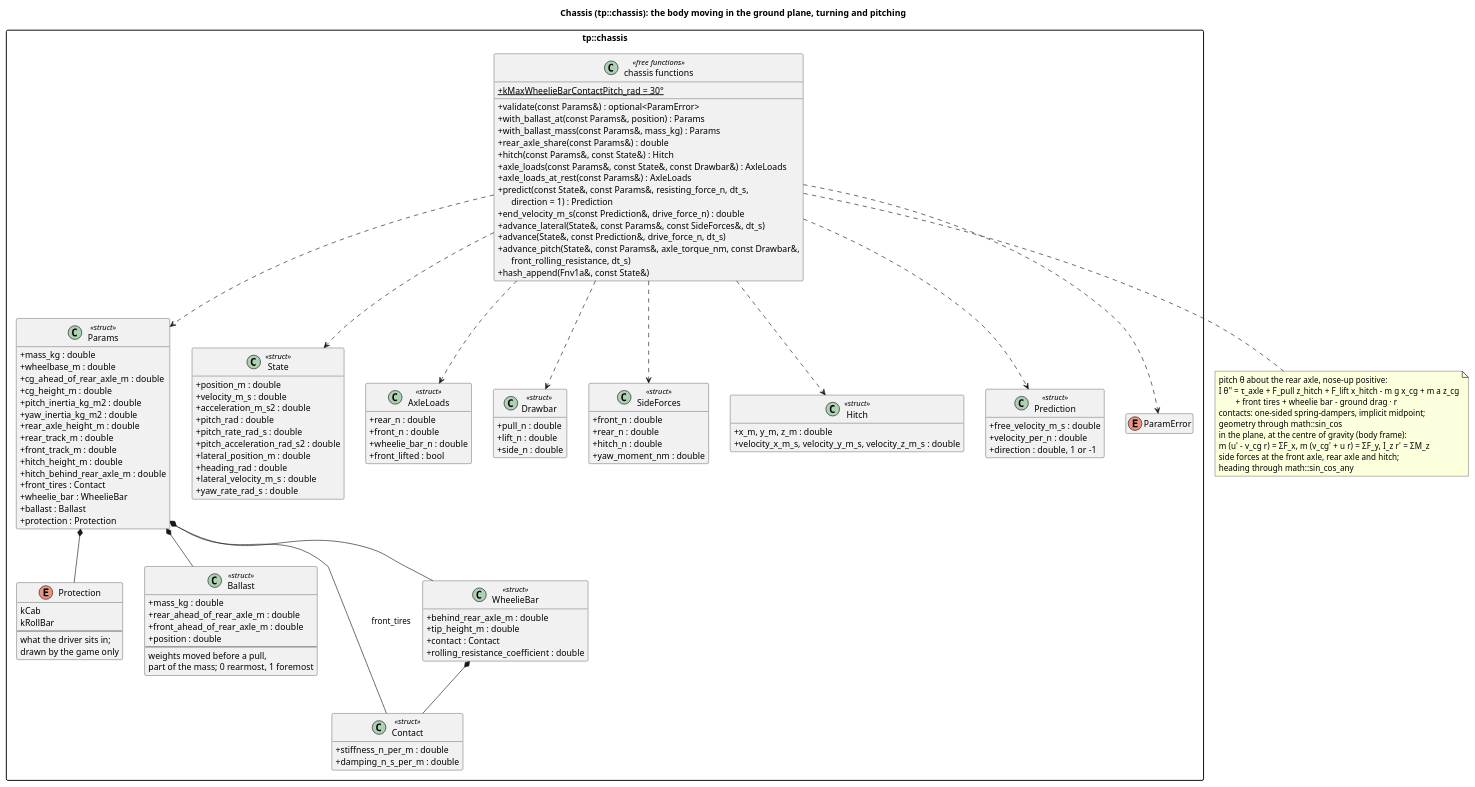
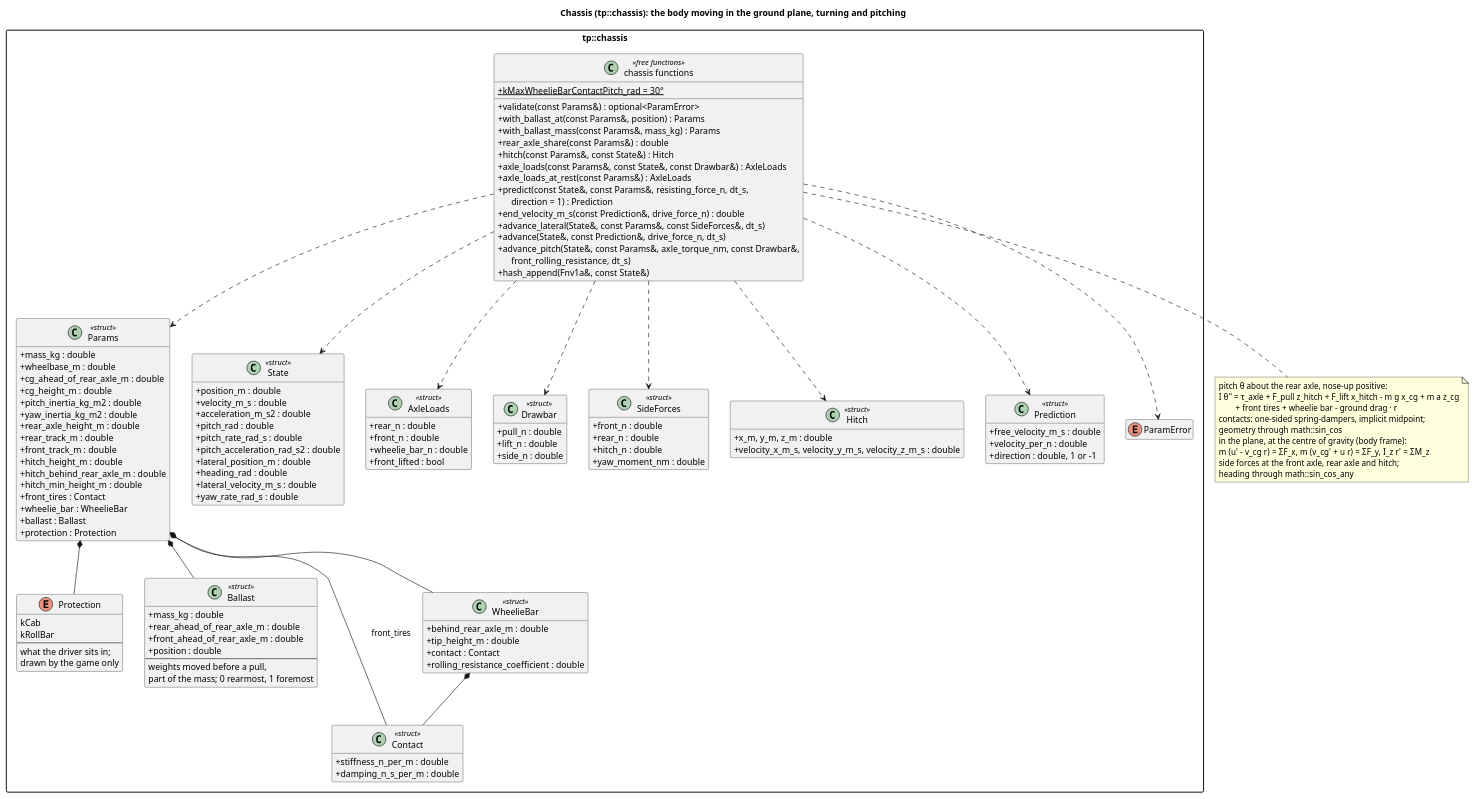
One commit to wversteeg/TractorPulling changed the diagram in docs/diagrams/chassis_classes.puml. Above: the diagram before and after it, drawn with PlantUML. The commit also changed 25 other files, not shown here.

```diff
--- a/docs/diagrams/chassis_classes.puml
+++ b/docs/diagrams/chassis_classes.puml
@@ -1,131 +1,132 @@
 @startuml chassis_classes
 title Chassis (tp::chassis): the body moving in the ground plane, turning and pitching
 hide empty members
 skinparam packageStyle rectangle
 skinparam classAttributeIconSize 0
 
 package "tp::chassis" {
   class Params <<struct>> {
     +mass_kg : double
     +wheelbase_m : double
     +cg_ahead_of_rear_axle_m : double
     +cg_height_m : double
     +pitch_inertia_kg_m2 : double
     +yaw_inertia_kg_m2 : double
     +rear_axle_height_m : double
     +rear_track_m : double
     +front_track_m : double
     +hitch_height_m : double
     +hitch_behind_rear_axle_m : double
+    +hitch_min_height_m : double
     +front_tires : Contact
     +wheelie_bar : WheelieBar
     +ballast : Ballast
     +protection : Protection
   }
   enum Protection {
     kCab
     kRollBar
     --
     what the driver sits in;
     drawn by the game only
   }
   class Ballast <<struct>> {
     +mass_kg : double
     +rear_ahead_of_rear_axle_m : double
     +front_ahead_of_rear_axle_m : double
     +position : double
     --
     weights moved before a pull,
     part of the mass; 0 rearmost, 1 foremost
   }
   class Contact <<struct>> {
     +stiffness_n_per_m : double
     +damping_n_s_per_m : double
   }
   class WheelieBar <<struct>> {
     +behind_rear_axle_m : double
     +tip_height_m : double
     +contact : Contact
     +rolling_resistance_coefficient : double
   }
   class State <<struct>> {
     +position_m : double
     +velocity_m_s : double
     +acceleration_m_s2 : double
     +pitch_rad : double
     +pitch_rate_rad_s : double
     +pitch_acceleration_rad_s2 : double
     +lateral_position_m : double
     +heading_rad : double
     +lateral_velocity_m_s : double
     +yaw_rate_rad_s : double
   }
   class AxleLoads <<struct>> {
     +rear_n : double
     +front_n : double
     +wheelie_bar_n : double
     +front_lifted : bool
   }
   class Drawbar <<struct>> {
     +pull_n : double
     +lift_n : double
     +side_n : double
   }
   class SideForces <<struct>> {
     +front_n : double
     +rear_n : double
     +hitch_n : double
     +yaw_moment_nm : double
   }
   class Hitch <<struct>> {
     +x_m, y_m, z_m : double
     +velocity_x_m_s, velocity_y_m_s, velocity_z_m_s : double
   }
   class Prediction <<struct>> {
     +free_velocity_m_s : double
     +velocity_per_n : double
     +direction : double, 1 or -1
   }
   enum ParamError
   class "chassis functions" as ChassisFns <<free functions>> {
     +{static} kMaxWheelieBarContactPitch_rad = 30°
     +validate(const Params&) : optional<ParamError>
     +with_ballast_at(const Params&, position) : Params
     +with_ballast_mass(const Params&, mass_kg) : Params
     +rear_axle_share(const Params&) : double
     +hitch(const Params&, const State&) : Hitch
     +axle_loads(const Params&, const State&, const Drawbar&) : AxleLoads
     +axle_loads_at_rest(const Params&) : AxleLoads
     +predict(const State&, const Params&, resisting_force_n, dt_s,\n      direction = 1) : Prediction
     +end_velocity_m_s(const Prediction&, drive_force_n) : double
     +advance_lateral(State&, const Params&, const SideForces&, dt_s)
     +advance(State&, const Prediction&, drive_force_n, dt_s)
     +advance_pitch(State&, const Params&, axle_torque_nm, const Drawbar&,\n      front_rolling_resistance, dt_s)
     +hash_append(Fnv1a&, const State&)
   }
   Params *-- Contact : front_tires
   Params *-- WheelieBar
   Params *-- Ballast
   Params *-- Protection
   WheelieBar *-- Contact
   ChassisFns ..> Params
   ChassisFns ..> State
   ChassisFns ..> AxleLoads
   ChassisFns ..> Prediction
   ChassisFns ..> Drawbar
   ChassisFns ..> Hitch
   ChassisFns ..> SideForces
   ChassisFns ..> ParamError
 }
 note bottom of ChassisFns
   pitch θ about the rear axle, nose-up positive:
   I θ'' = τ_axle + F_pull z_hitch + F_lift x_hitch - m g x_cg + m a z_cg
           + front tires + wheelie bar - ground drag · r
   contacts: one-sided spring-dampers, implicit midpoint;
   geometry through math::sin_cos
   in the plane, at the centre of gravity (body frame):
   m (u' - v_cg r) = ΣF_x,  m (v_cg' + u r) = ΣF_y,  I_z r' = ΣM_z
   side forces at the front axle, rear axle and hitch;
   heading through math::sin_cos_any
 end note
 @enduml
```
